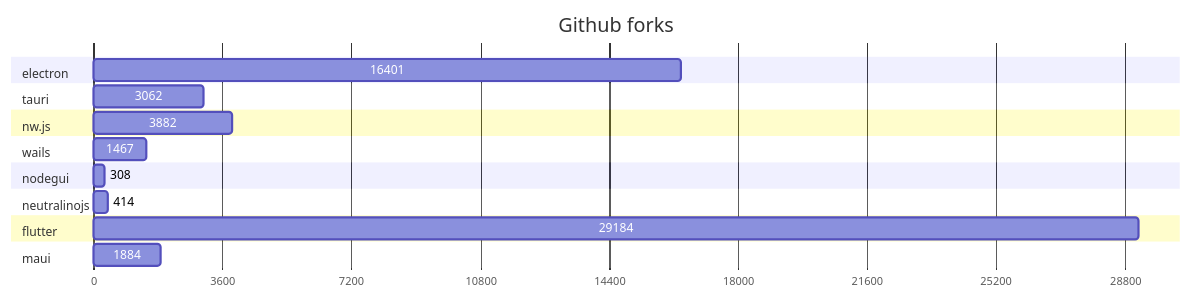
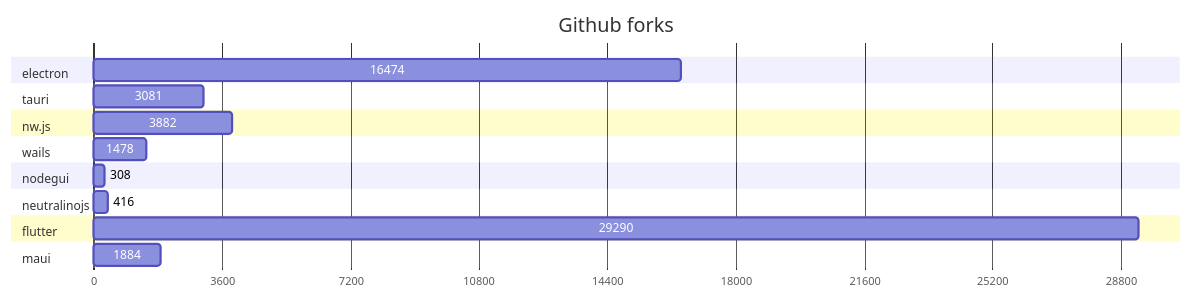
One commit to Elanis/web-to-desktop-framework-comparison changed the second of 2 diagrams in GRAPHS.md. Above: the diagram before and after it, drawn with Mermaid. The commit also changed other lines of this file and 2 other files, not shown here.

````diff
--- a/GRAPHS.md
+++ b/GRAPHS.md
@@ -47,40 +47,40 @@
 ```mermaid
 gantt
     title Github forks
     dateFormat  X
     axisFormat %s
 
 
 	section electron
-	16401 : 0, 16401
+	16474 : 0, 16474
 
 	
 	section tauri
-	3062 : 0, 3062
+	3081 : 0, 3081
 
 	
 	section nw.js
 	3882 : 0, 3882
 
 	
 	section wails
-	1467 : 0, 1467
+	1478 : 0, 1478
 
 	
 	section nodegui
 	308 : 0, 308
 
 	
 	section neutralinojs
-	414 : 0, 414
+	416 : 0, 416
 
 	
 	section flutter
-	29184 : 0, 29184
+	29290 : 0, 29290
 
 	
 	section maui
 	1884 : 0, 1884
 
 	
 ```
````
